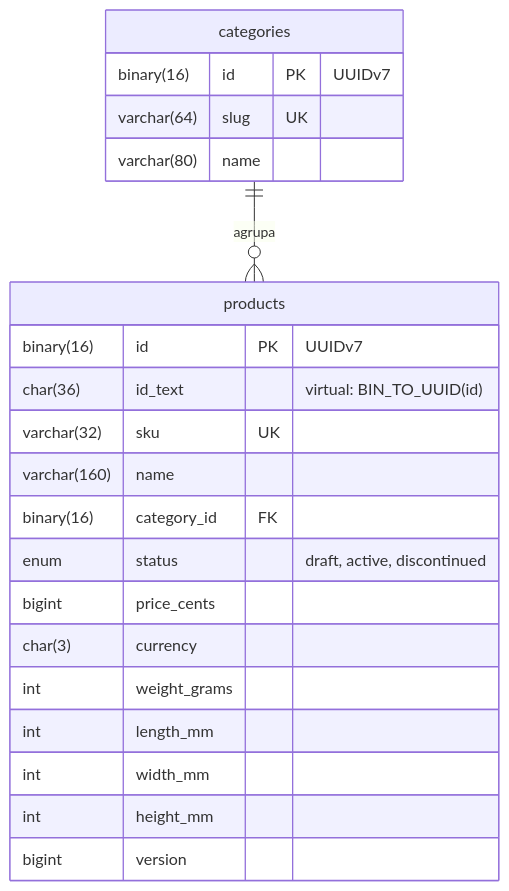
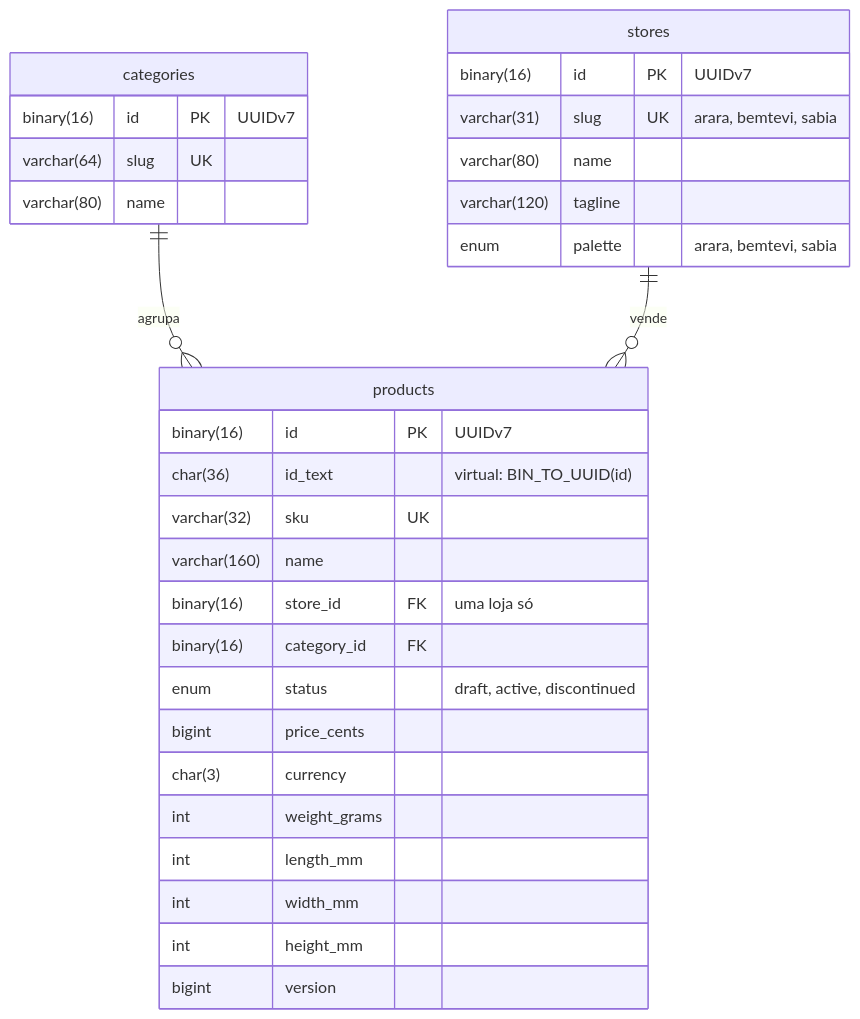
The first of 3 diagrams in docs/architecture/data-model.md (flaviotinococoutinho/Tucano_vibe_chaos), drawn with Mermaid before and after one commit. The commit also changed other lines of this file and 16 other files, not shown here.

Commit message:
docs: the stores across the guide, the architecture and the readme, and adr 0032

````diff
--- a/docs/architecture/data-model.md
+++ b/docs/architecture/data-model.md
@@ -25,25 +25,34 @@
 ```mermaid
 erDiagram
   categories ||--o{ products : "agrupa"
+  stores ||--o{ products : "vende"
 
+  stores {
+    binary(16) id PK "UUIDv7"
+    varchar(31) slug UK "arara, bemtevi, sabia"
+    varchar(80) name
+    varchar(120) tagline
+    enum palette "arara, bemtevi, sabia"
+  }
   categories {
     binary(16) id PK "UUIDv7"
     varchar(64) slug UK
     varchar(80) name
   }
   products {
     binary(16) id PK "UUIDv7"
     char(36) id_text "virtual: BIN_TO_UUID(id)"
     varchar(32) sku UK
     varchar(160) name
+    binary(16) store_id FK "uma loja só"
     binary(16) category_id FK
     enum status "draft, active, discontinued"
     bigint price_cents
     char(3) currency
     int weight_grams
     int length_mm
     int width_mm
     int height_mm
     bigint version
   }
 ```
````
